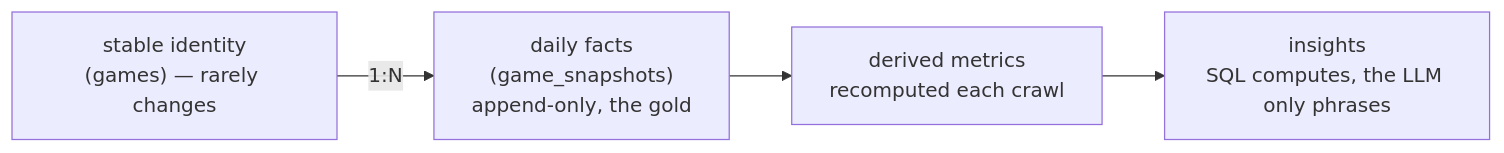
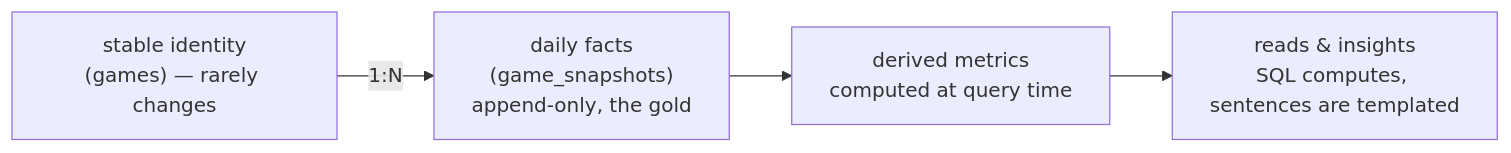
The first of 3 diagrams in DESIGN.md (ry4nch1n/KAIROS), drawn with Mermaid before and after one commit. The commit also changed other lines of this file and 3 other files, not shown here.

````diff
--- a/DESIGN.md
+++ b/DESIGN.md
@@ -14,6 +25,6 @@
 ```mermaid
 flowchart LR
   ID["stable identity<br/>(games) — rarely changes"] -->|1:N| F["daily facts<br/>(game_snapshots)<br/>append-only, the gold"]
-  F --> D["derived metrics<br/>recomputed each crawl"]
-  D --> I["insights<br/>SQL computes, the LLM only phrases"]
+  F --> D["derived metrics<br/>computed at query time"]
+  D --> I["reads & insights<br/>SQL computes, sentences are templated"]
 ```
````
